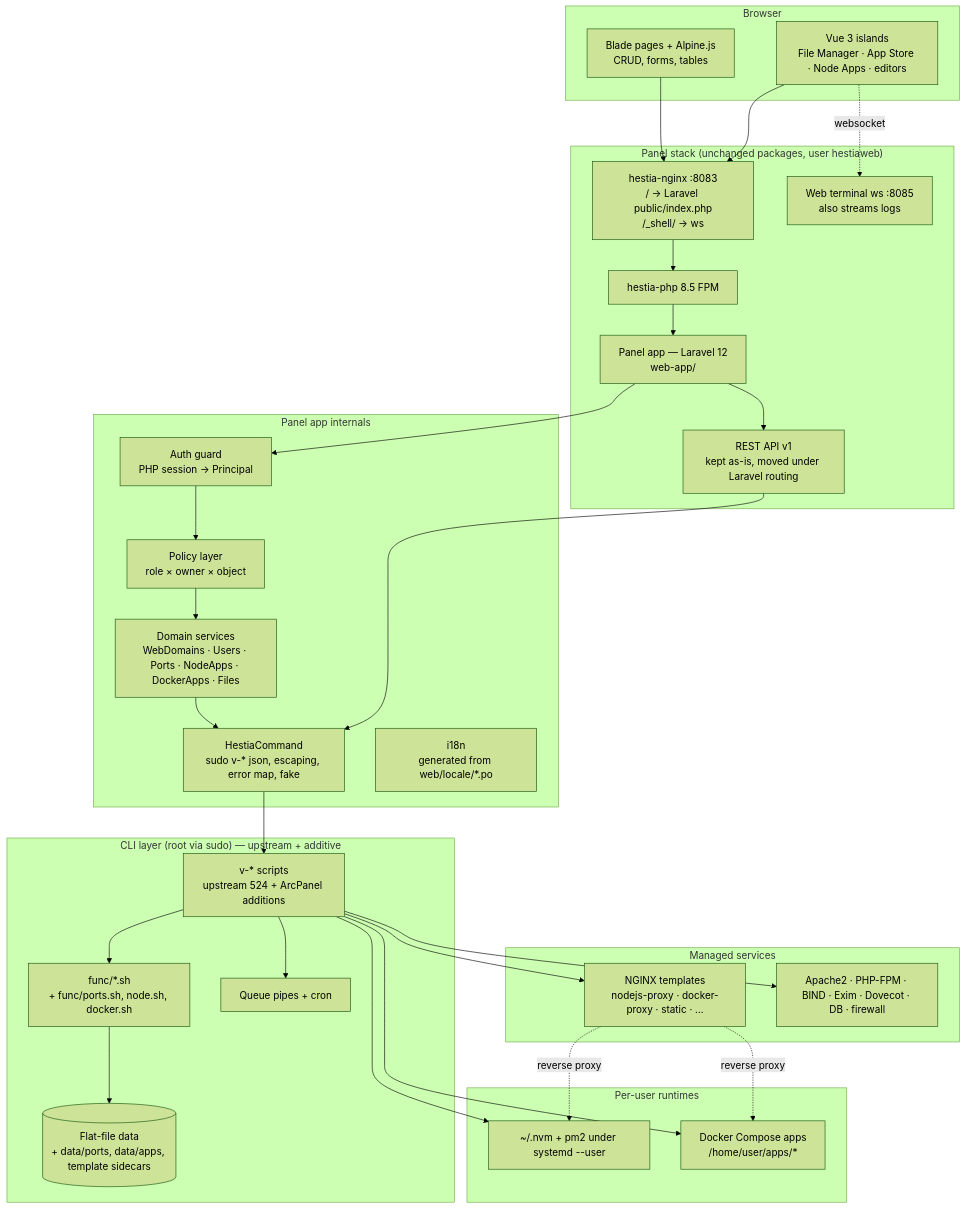
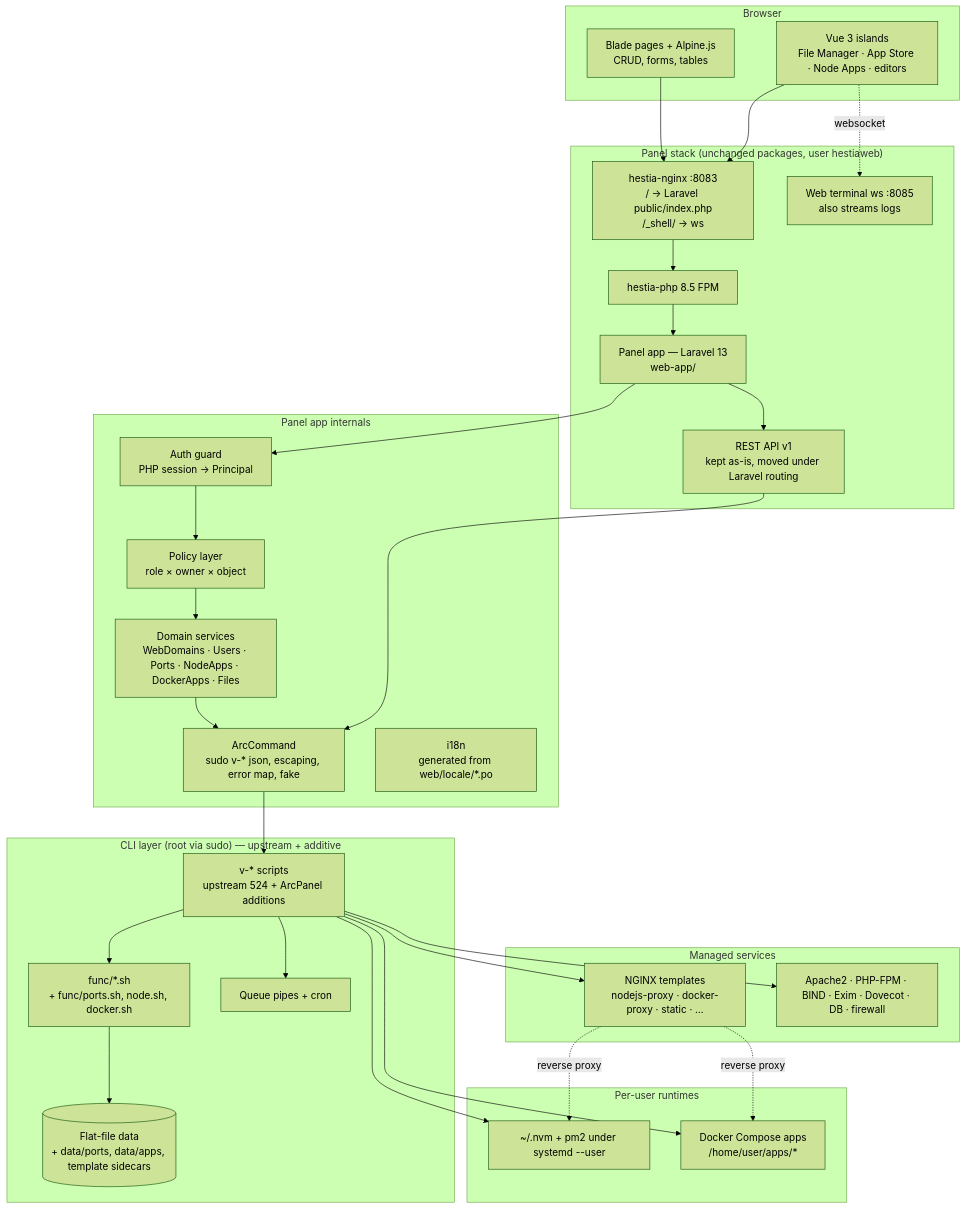
Before and after one commit to arc-panel-oss/arcpanel: the second of 4 diagrams in docs/design/01-architecture-overview.md, drawn with Mermaid (forest theme). The commit also changed other lines of this file and 16 other files, not shown here.

First line of the commit message:
feat: upgrade Laravel version and refactor command service

````diff
--- a/docs/design/01-architecture-overview.md
+++ b/docs/design/01-architecture-overview.md
@@ -37,55 +37,55 @@
 ```mermaid
 flowchart TB
   subgraph browser[Browser]
     blade[Blade pages + Alpine.js<br/>CRUD, forms, tables]
     islands[Vue 3 islands<br/>File Manager · App Store · Node Apps · editors]
   end
 
   subgraph panel["Panel stack (unchanged packages, user hestiaweb)"]
     hnginx[hestia-nginx :8083<br/>/ → Laravel public/index.php<br/>/_shell/ → ws]
     hphp[hestia-php 8.5 FPM]
-    laravel[Panel app — Laravel 12<br/>web-app/]
+    laravel[Panel app — Laravel 13<br/>web-app/]
     apiv1[REST API v1<br/>kept as-is, moved under Laravel routing]
     term[Web terminal ws :8085<br/>also streams logs]
   end
 
   subgraph app["Panel app internals"]
     auth[Auth guard<br/>PHP session → Principal]
     policy[Policy layer<br/>role × owner × object]
-    hc[HestiaCommand<br/>sudo v-* json, escaping, error map, fake]
+    hc[ArcCommand<br/>sudo v-* json, escaping, error map, fake]
     svc[Domain services<br/>WebDomains · Users · Ports · NodeApps · DockerApps · Files]
     i18n[i18n<br/>generated from web/locale/*.po]
   end
 
   subgraph cli["CLI layer (root via sudo) — upstream + additive"]
     bin[v-* scripts<br/>upstream 524 + ArcPanel additions]
     func[func/*.sh<br/>+ func/ports.sh, node.sh, docker.sh]
     data[(Flat-file data<br/>+ data/ports, data/apps, template sidecars)]
     queue[Queue pipes + cron]
   end
 
   subgraph runtime[Per-user runtimes]
     nvm[~/.nvm + pm2 under systemd --user]
     docker[Docker Compose apps<br/>/home/user/apps/*]
   end
 
   subgraph services[Managed services]
     nginx[NGINX templates<br/>nodejs-proxy · docker-proxy · static · …]
     rest[Apache2 · PHP-FPM · BIND · Exim · Dovecot · DB · firewall]
   end
 
   blade --> hnginx
   islands --> hnginx
   hnginx --> hphp --> laravel
   laravel --> auth --> policy --> svc --> hc
   laravel --> apiv1 --> hc
   islands -. websocket .-> term
   hc --> bin --> func --> data
   bin --> queue
   bin --> nvm
   bin --> docker
   bin --> nginx
   bin --> rest
   nginx -. reverse proxy .-> nvm
   nginx -. reverse proxy .-> docker
 ```
````
